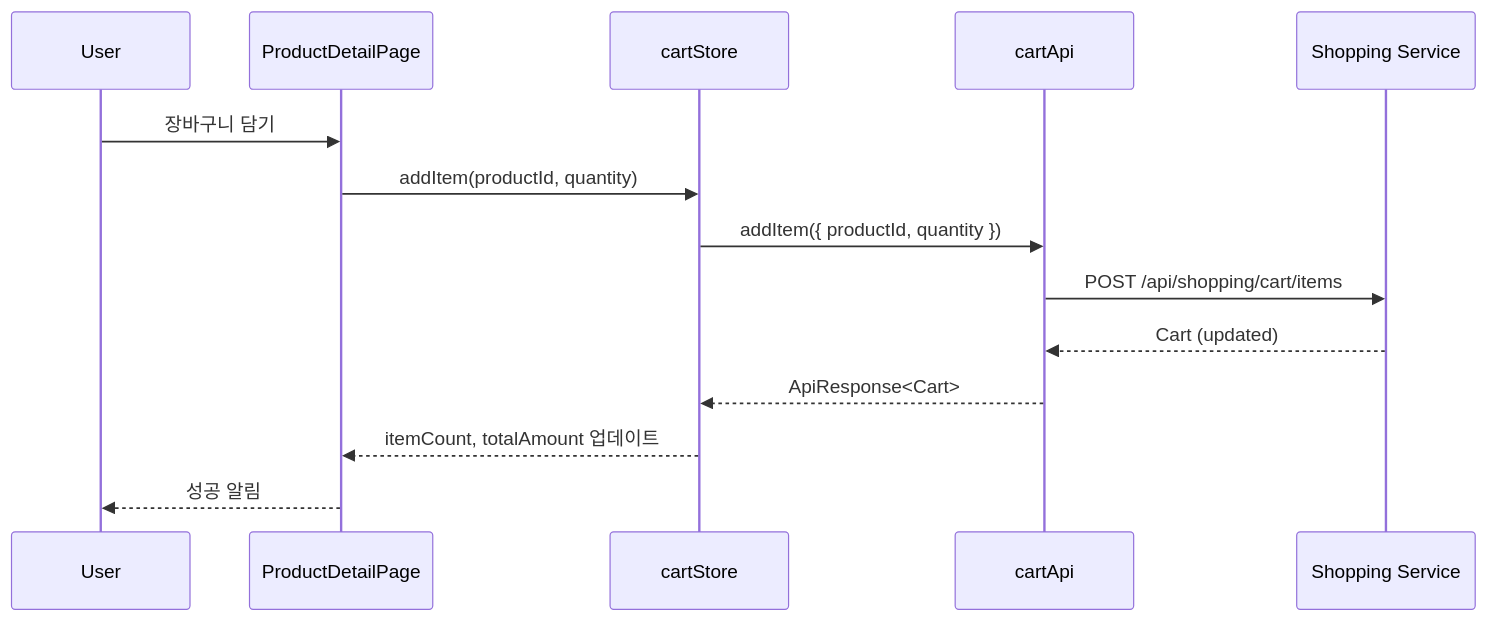
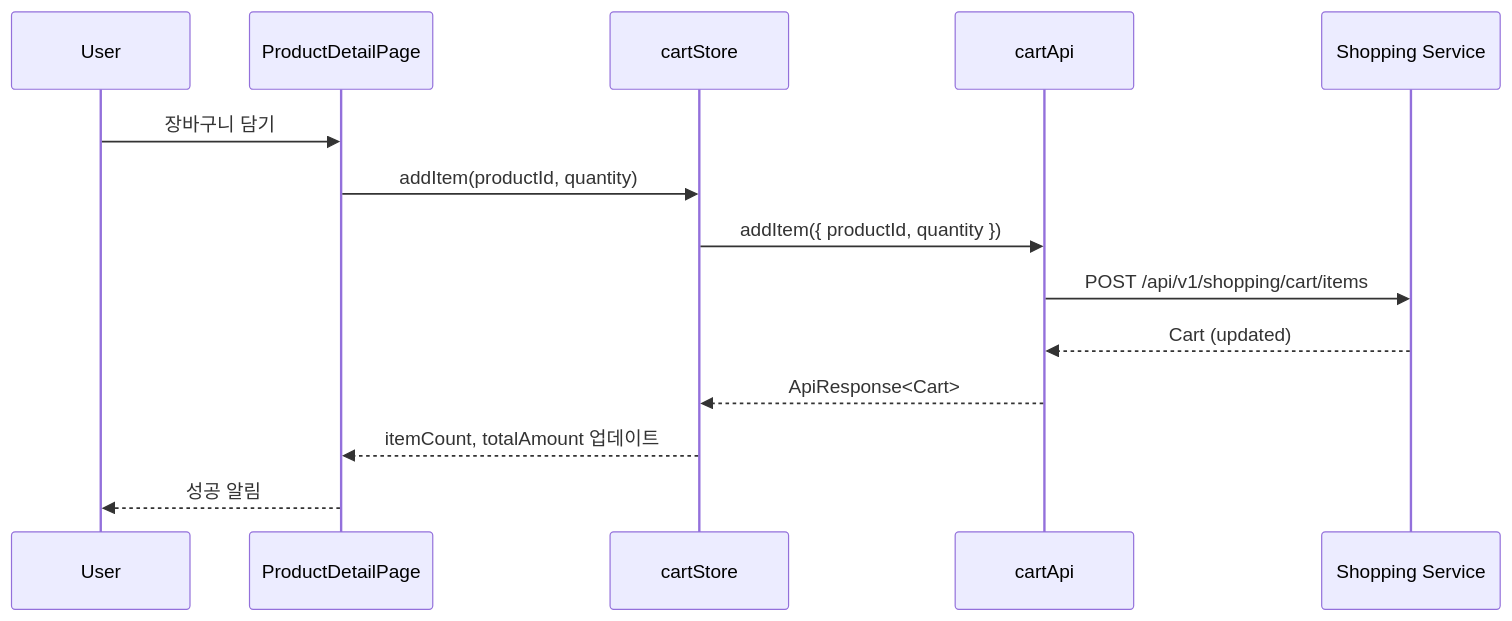
One commit to L-a-z-e/portal-universe changed the third of 3 diagrams in frontend/shopping-frontend/docs/architecture/system-overview.md. Above: the diagram before and after it, drawn with Mermaid. The commit also changed other lines of this file and 15 other files, not shown here.

````diff
--- a/frontend/shopping-frontend/docs/architecture/system-overview.md
+++ b/frontend/shopping-frontend/docs/architecture/system-overview.md
@@ -366,17 +366,17 @@
 ```mermaid
 sequenceDiagram
     participant User
     participant PD as ProductDetailPage
     participant CS as cartStore
     participant API as cartApi
     participant SS as Shopping Service
 
     User->>PD: 장바구니 담기
     PD->>CS: addItem(productId, quantity)
     CS->>API: addItem({ productId, quantity })
-    API->>SS: POST /api/shopping/cart/items
+    API->>SS: POST /api/v1/shopping/cart/items
     SS-->>API: Cart (updated)
     API-->>CS: ApiResponse<Cart>
     CS-->>PD: itemCount, totalAmount 업데이트
     PD-->>User: 성공 알림
 ```
````
